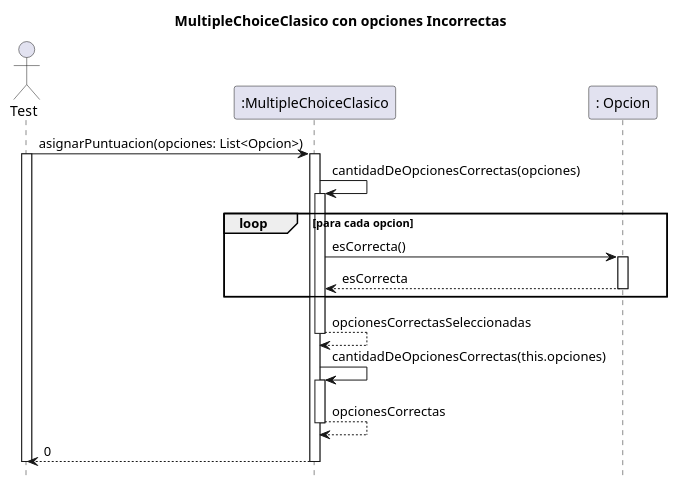
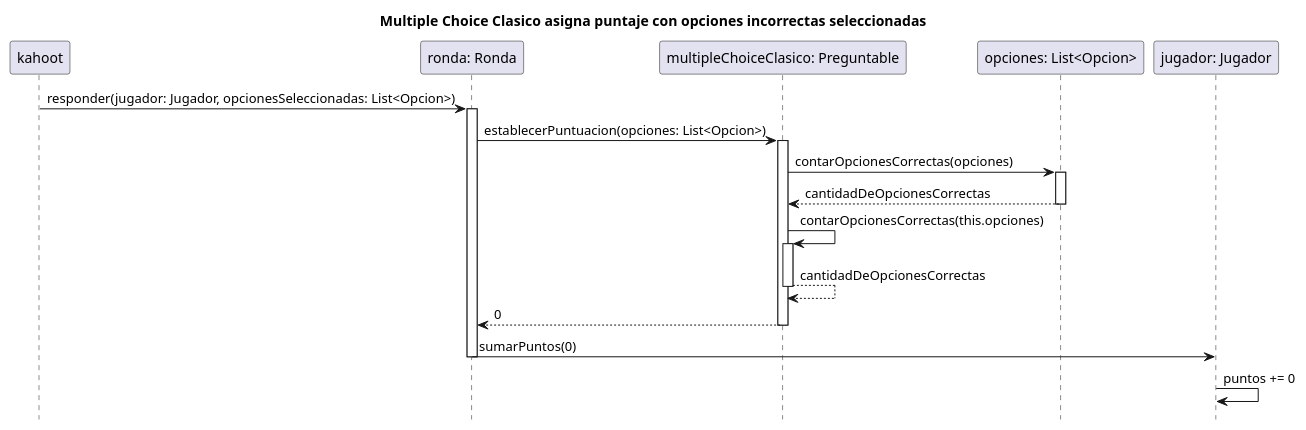
One commit to gylopezgiles/TP2 changed the diagram in doc/Diagramas/Diagramas_Secuencia/MultipleChoiceClasico/MultipleChoiceConOpcionesIncorrectas.puml. Above: the diagram before and after it, drawn with PlantUML. The commit also changed 3 other files, not shown here.

Commit message:
actualizando diagramas

```diff
--- a/doc/Diagramas/Diagramas_Secuencia/MultipleChoiceClasico/MultipleChoiceConOpcionesIncorrectas.puml
+++ b/doc/Diagramas/Diagramas_Secuencia/MultipleChoiceClasico/MultipleChoiceConOpcionesIncorrectas.puml
@@ -1,29 +1,22 @@
 @startuml
+title Multiple Choice Clasico asigna puntaje con opciones incorrectas seleccionadas
 hide footbox
-title MultipleChoiceClasico con opciones Incorrectas
-actor Test
-participant ":MultipleChoiceClasico" as MultipleChoiceClasico
-participant ": Opcion" as opcion
 
-Test ->MultipleChoiceClasico: asignarPuntuacion(opciones: List<Opcion>)
-activate Test
-activate MultipleChoiceClasico
-MultipleChoiceClasico -> MultipleChoiceClasico :cantidadDeOpcionesCorrectas(opciones)
-activate MultipleChoiceClasico
-loop para cada opcion
-    MultipleChoiceClasico -> opcion : esCorrecta()
-    activate opcion
-    MultipleChoiceClasico <-- opcion: esCorrecta
-    deactivate opcion
-end
-MultipleChoiceClasico --> MultipleChoiceClasico :opcionesCorrectasSeleccionadas
-deactivate MultipleChoiceClasico
-MultipleChoiceClasico -> MultipleChoiceClasico :cantidadDeOpcionesCorrectas(this.opciones)
-activate MultipleChoiceClasico
-MultipleChoiceClasico --> MultipleChoiceClasico :opcionesCorrectas
-deactivate MultipleChoiceClasico
-Test <-- MultipleChoiceClasico: 0
-deactivate MultipleChoiceClasico
-deactivate Test
-
+    kahoot-> "ronda: Ronda" as ronda : responder(jugador: Jugador, opcionesSeleccionadas: List<Opcion>)
+    activate ronda
+    ronda-> "multipleChoiceClasico: Preguntable" as MCclasico: establecerPuntuacion(opciones: List<Opcion>)
+    activate MCclasico
+    MCclasico-> "opciones: List<Opcion>" as listaOpciones : contarOpcionesCorrectas(opciones)
+    activate listaOpciones
+    MCclasico <-- listaOpciones : cantidadDeOpcionesCorrectas
+    deactivate listaOpciones
+    MCclasico->MCclasico : contarOpcionesCorrectas(this.opciones)
+    activate MCclasico
+    MCclasico-->MCclasico : cantidadDeOpcionesCorrectas
+    deactivate MCclasico
+    ronda <-- MCclasico: 0
+    deactivate MCclasico
+    ronda-> "jugador: Jugador" as jugador : sumarPuntos(0)
+    deactivate ronda
+    jugador-> jugador: puntos += 0
 @enduml
```
